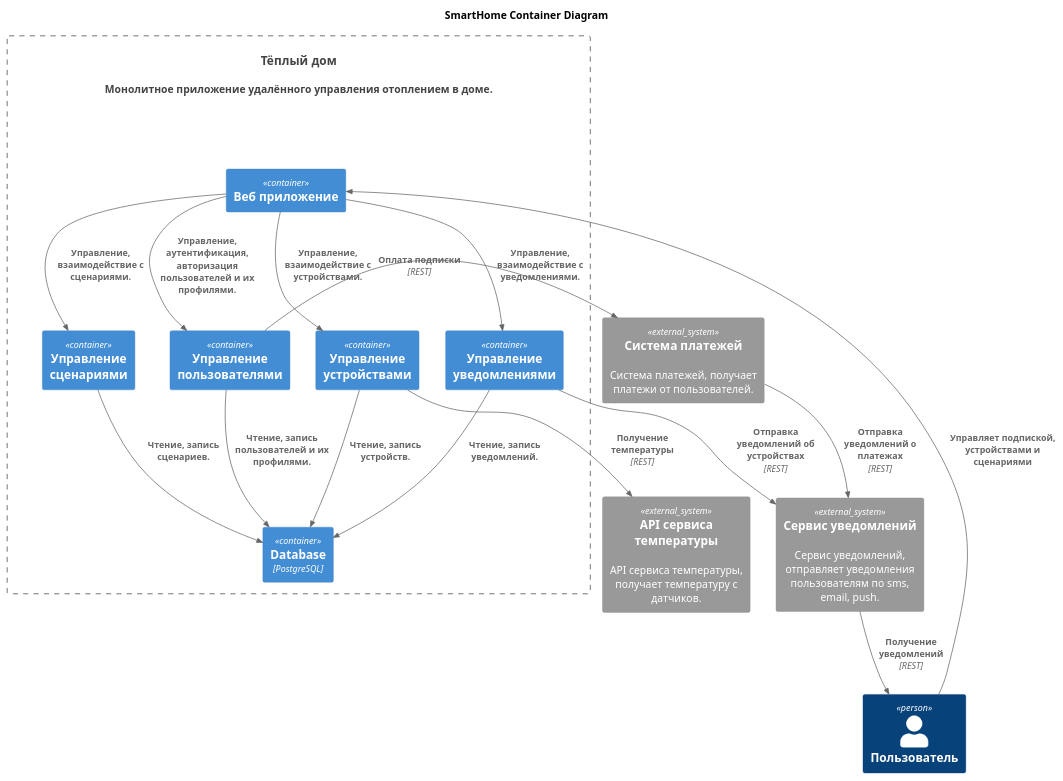
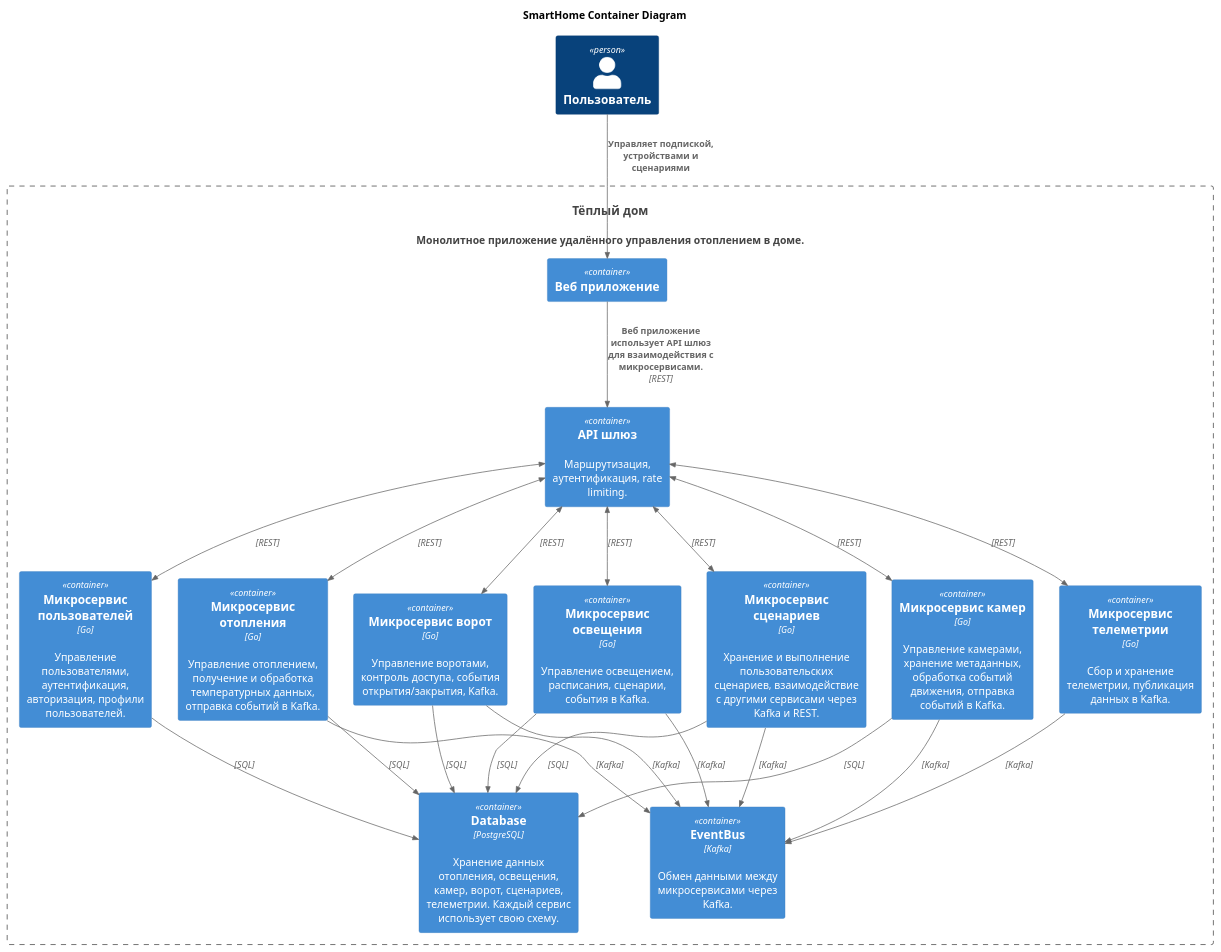
Before and after one commit to yaspichihin/ydx_arch_sprint_1: the diagram in apps/diagrams/container/container.puml, drawn with PlantUML. The commit also changed other lines of this file and 6 other files, not shown here.

```diff
--- a/apps/diagrams/container/container.puml
+++ b/apps/diagrams/container/container.puml
@@ -2,44 +1,52 @@
 @startuml
-
 title SmartHome Container Diagram
 top to bottom direction
 
 
 
 !includeurl https://raw.githubusercontent.com/RicardoNiepel/C4-PlantUML/master/C4_Container.puml
 
 Person(smarthome_user, "Пользователь")
 
 System(smarthome_app, "Тёплый дом", "Монолитное приложение удалённого управления отоплением в доме.")
 Container_Boundary(smarthome_app, "Система умного дома") {
   Container(smarthome_web, "Веб приложение")
-  Container(smarthome_device, "Управление устройствами")
-  Container(smarthome_script, "Управление сценариями")
-  Container(smarthome_notification, "Управление уведомлениями")
-  Container(smarthome_user_profile, "Управление пользователями")
-  Container(smarthome_database, "Database", "PostgreSQL")
+  Container(smarthome_api_gateway, "API шлюз", "", "Маршрутизация, аутентификация, rate limiting.")
+  Container(smarthome_heating, "Микросервис отопления", "Go", "Управление отоплением, получение и обработка температурных данных, отправка событий в Kafka.")
+  Container(smarthome_light, "Микросервис освещения", "Go", "Управление освещением, расписания, сценарии, события в Kafka.")
+  Container(smarthome_camera, "Микросервис камер", "Go", "Управление камерами, хранение метаданных, обработка событий движения, отправка событий в Kafka.")
+  Container(smarthome_gate, "Микросервис ворот", "Go", "Управление воротами, контроль доступа, события открытия/закрытия, Kafka.")
+  Container(smarthome_script, "Микросервис сценариев", "Go", "Хранение и выполнение пользовательских сценариев, взаимодействие с другими сервисами через Kafka и REST.")
+  Container(smarthome_telemetry, "Микросервис телеметрии", "Go", "Сбор и хранение телеметрии, публикация данных в Kafka.")
+  Container(smarthome_user_profile, "Микросервис пользователей", "Go", "Управление пользователями, аутентификация, авторизация, профили пользователей.")
+  Container(smarthome_stream, "EventBus", "Kafka", "Обмен данными между микросервисами через Kafka.")
+  Container(smarthome_database, "Database", "PostgreSQL", "Хранение данных отопления, освещения, камер, ворот, сценариев, телеметрии. Каждый сервис использует свою схему.")
 }
-System_Ext(temperature_service, "API сервиса температуры", "API сервиса температуры, получает температуру с датчиков.")
-System_Ext(payment_system, "Система платежей", "Система платежей, получает платежи от пользователей.")
-System_Ext(notification_system, "Сервис уведомлений", "Сервис уведомлений, отправляет уведомления пользователям по sms, email, push.")
 
+Rel_D(smarthome_user, smarthome_web, "Управляет подпиской, устройствами и сценариями")
+Rel_D(smarthome_web, smarthome_api_gateway, "Веб приложение использует API шлюз для взаимодействия с микросервисами.", "REST")
 
-Rel(smarthome_user, smarthome_web, "Управляет подпиской, устройствами и сценариями")
-Rel(smarthome_web, smarthome_user_profile, "Управление, аутентификация, авторизация пользователей и их профилями.")
-Rel(smarthome_web, smarthome_device, "Управление, взаимодействие с устройствами.")
-Rel(smarthome_web, smarthome_script, "Управление, взаимодействие с сценариями.")
-Rel(smarthome_web, smarthome_notification, "Управление, взаимодействие с уведомлениями.")
+BiRel_D(smarthome_api_gateway, smarthome_heating, "", "REST")
+BiRel_D(smarthome_api_gateway, smarthome_light, "", "REST")
+BiRel_D(smarthome_api_gateway, smarthome_camera, "", "REST")
+BiRel_D(smarthome_api_gateway, smarthome_gate, "", "REST")
+BiRel_D(smarthome_api_gateway, smarthome_script, "", "REST")
+BiRel_D(smarthome_api_gateway, smarthome_telemetry, "", "REST")
+BiRel_D(smarthome_api_gateway, smarthome_user_profile, "", "REST")
 
-Rel(smarthome_user_profile, smarthome_database, "Чтение, запись пользователей и их профилями.")
-Rel(smarthome_device, smarthome_database, "Чтение, запись устройств.")
-Rel(smarthome_script, smarthome_database, "Чтение, запись сценариев.")
-Rel(smarthome_notification, smarthome_database, "Чтение, запись уведомлений.")
+Rel_D(smarthome_heating, smarthome_database, "", "SQL")
+Rel_D(smarthome_light, smarthome_database, "", "SQL")
+Rel_D(smarthome_camera, smarthome_database, "", "SQL")
+Rel_D(smarthome_gate, smarthome_database, "", "SQL")
+Rel_D(smarthome_script, smarthome_database, "", "SQL")
+Rel_D(smarthome_user_profile, smarthome_database, "", "SQL")
 
-Rel(smarthome_device, temperature_service, "Получение температуры", "REST")
-Rel(smarthome_user_profile, payment_system, "Оплата подписки", "REST")
+Rel_D(smarthome_heating, smarthome_stream, "", "Kafka")
+Rel_D(smarthome_light, smarthome_stream, "", "Kafka")
+Rel_D(smarthome_camera, smarthome_stream, "", "Kafka")
+Rel_D(smarthome_gate, smarthome_stream, "", "Kafka")
+Rel_D(smarthome_script, smarthome_stream, "", "Kafka")
+Rel_D(smarthome_telemetry, smarthome_stream, "", "Kafka")
 
-Rel(payment_system, notification_system, "Отправка уведомлений о платежах", "REST")
-Rel(smarthome_notification, notification_system, "Отправка уведомлений об устройствах", "REST")
-Rel(notification_system, smarthome_user, "Получение уведомлений", "REST")
-
+Lay_R(smarthome_database, smarthome_stream)
 @enduml
```
